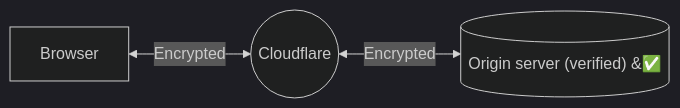
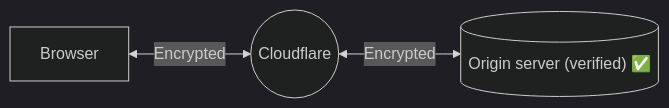
The diagram in content/ssl/origin-configuration/ssl-modes/ssl-only-origin-pull.md (rdhanarot/cloudflare-docs), drawn with Mermaid (dark theme) before and after one commit. The commit also changed 6 other files, not shown here.

First line of the commit message:
[SSL] Fix extra character in diagram and improve descriptions (#8109)

````diff
--- a/content/ssl/origin-configuration/ssl-modes/ssl-only-origin-pull.md
+++ b/content/ssl/origin-configuration/ssl-modes/ssl-only-origin-pull.md
@@ -19,6 +19,6 @@
 ```mermaid
 flowchart LR
     accTitle: Strict (SSL-Only Origin Pull) SSL/TLS Encryption
     accDescr: With an encryption mode of Strict (SSL-Only Origin Pull), all connections to the origin will always be made using SSL/TLS.
-    A[Browser] <--Encrypted--> B((Cloudflare))<--Encrypted--> C[("Origin server (verified) &#9989;")]
+    A[Browser] <--Encrypted--> B((Cloudflare))<--Encrypted--> C[("Origin server (verified) #9989;")]
 ```
````
